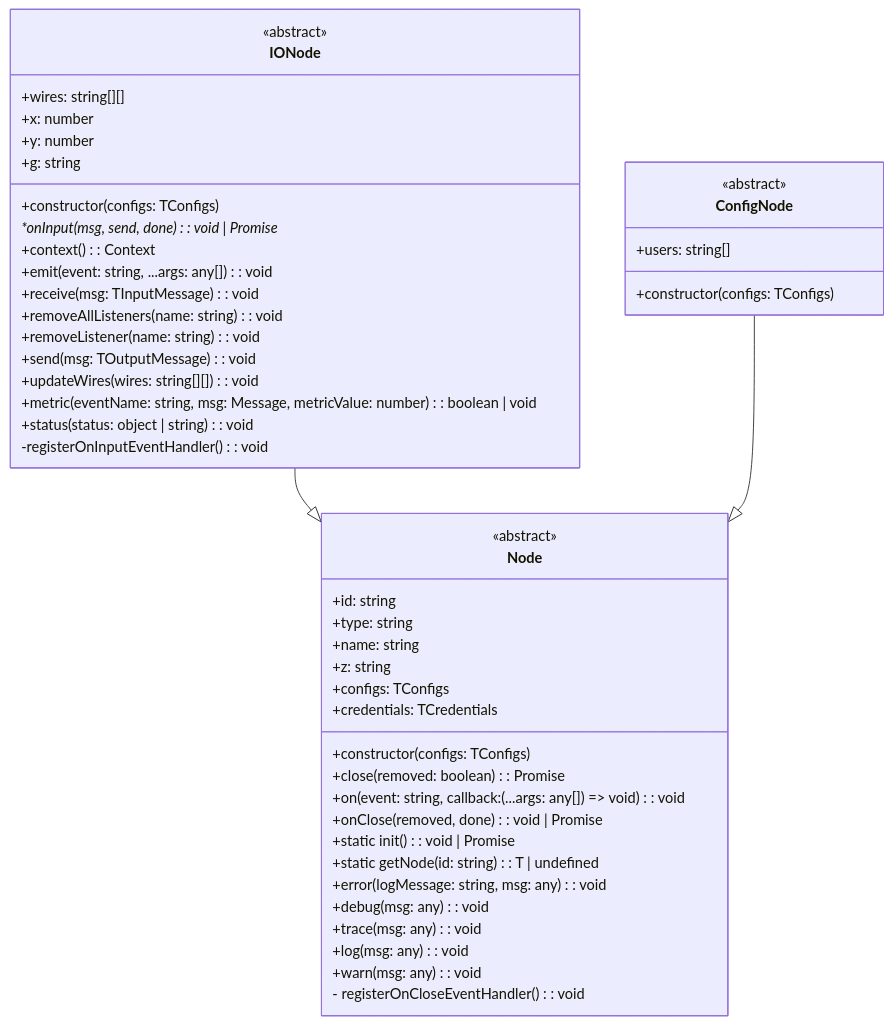
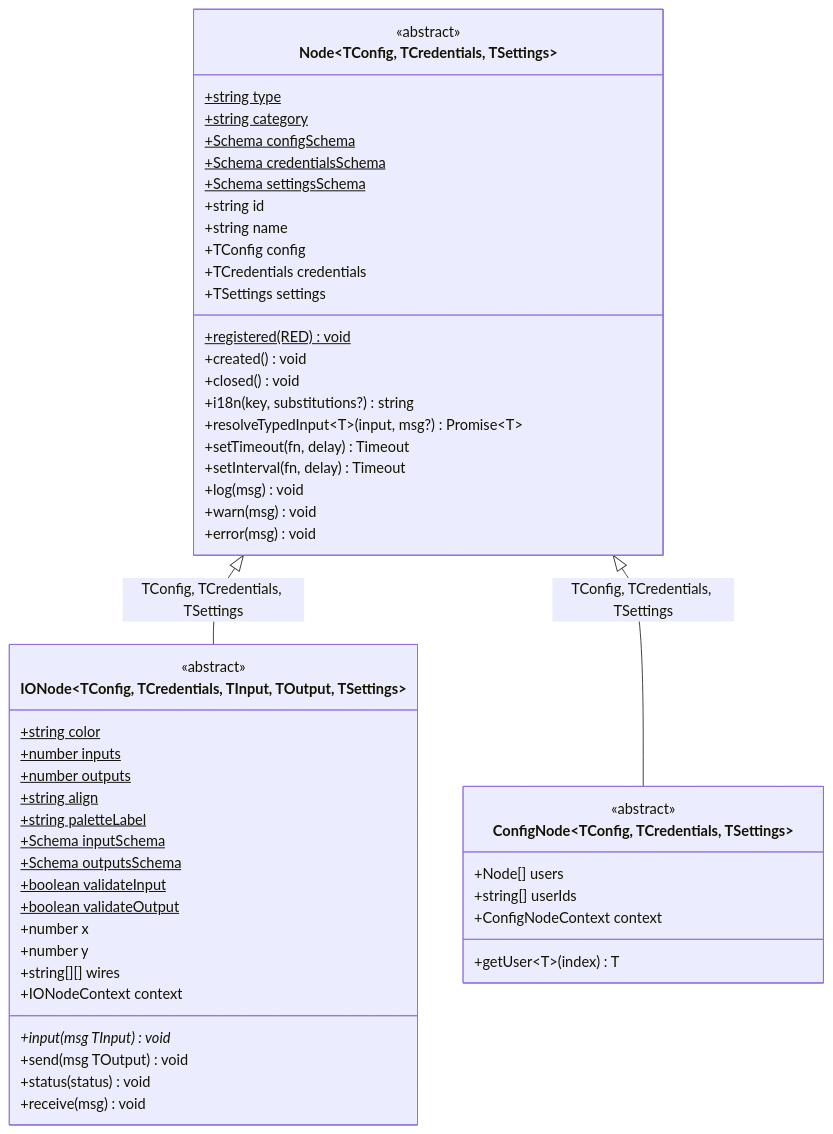
Before and after one commit to AllanOricil/node-red-vue-template: the diagram in README.md, drawn with Mermaid. The commit also changed other lines of this file and 101 other files, not shown here.

````diff
--- a/README.md
+++ b/README.md
@@ -95,53 +521,58 @@
 ```mermaid
 classDiagram
-class Node {
-  <<abstract>>
-  +id: string
-  +type: string
-  +name: string
-  +z: string
-  +configs: TConfigs
-  +credentials: TCredentials
-  +constructor(configs: TConfigs)
-  +close(removed: boolean): Promise<void>
-  +on(event: string, callback: (...args: any[]) => void): void
-  +onClose(removed, done): void | Promise<void>
-  +static init(): void | Promise<void>
-  +static getNode<T>(id: string): T | undefined
-  +error(logMessage: string, msg: any): void
-  +debug(msg: any): void
-  +trace(msg: any): void
-  +log(msg: any): void
-  +warn(msg: any): void
-  - registerOnCloseEventHandler(): void
-}
+    class Node~TConfig, TCredentials, TSettings~ {
+        <<abstract>>
+        +string type$
+        +string category$
+        +Schema configSchema$
+        +Schema credentialsSchema$
+        +Schema settingsSchema$
+        +registered(RED) void$
+        +string id
+        +string name
+        +TConfig config
+        +TCredentials credentials
+        +TSettings settings
+        +created() void
+        +closed() void
+        +i18n(key, substitutions?) string
+        +resolveTypedInput~T~(input, msg?) Promise~T~
+        +setTimeout(fn, delay) Timeout
+        +setInterval(fn, delay) Timeout
+        +log(msg) void
+        +warn(msg) void
+        +error(msg) void
+    }
 
-class IONode {
-  <<abstract>>
-  +wires: string[][]
-  +x: number
-  +y: number
-  +g: string
-  +constructor(configs: TConfigs)
-  *onInput(msg, send, done): void | Promise<void>*
-  +context(): Context
-  +emit(event: string, ...args: any[]): void
-  +receive(msg: TInputMessage): void
-  +removeAllListeners(name: string): void
-  +removeListener(name: string): void
-  +send(msg: TOutputMessage): void
-  +updateWires(wires: string[][]): void
-  +metric(eventName: string, msg: Message, metricValue: number): boolean | void
-  +status(status: object | string): void
-  -registerOnInputEventHandler() : void
-}
+    class IONode~TConfig, TCredentials, TInput, TOutput, TSettings~ {
+        <<abstract>>
+        +string color$
+        +number inputs$
+        +number outputs$
+        +string align$
+        +string paletteLabel$
+        +Schema inputSchema$
+        +Schema outputsSchema$
+        +boolean validateInput$
+        +boolean validateOutput$
+        +number x
+        +number y
+        +string[][] wires
+        +IONodeContext context
+        +input(msg TInput) void*
+        +send(msg TOutput) void
+        +status(status) void
+        +receive(msg) void
+    }
 
-class ConfigNode {
-  <<abstract>>
-  +users: string[]
-  +constructor(configs: TConfigs)
-}
+    class ConfigNode~TConfig, TCredentials, TSettings~ {
+        <<abstract>>
+        +Node[] users
+        +string[] userIds
+        +ConfigNodeContext context
+        +getUser~T~(index) T
+    }
 
-IONode --|> Node
-ConfigNode --|> Node
+    Node <|-- IONode : TConfig, TCredentials, TSettings
+    Node <|-- ConfigNode : TConfig, TCredentials, TSettings
 ```
````
